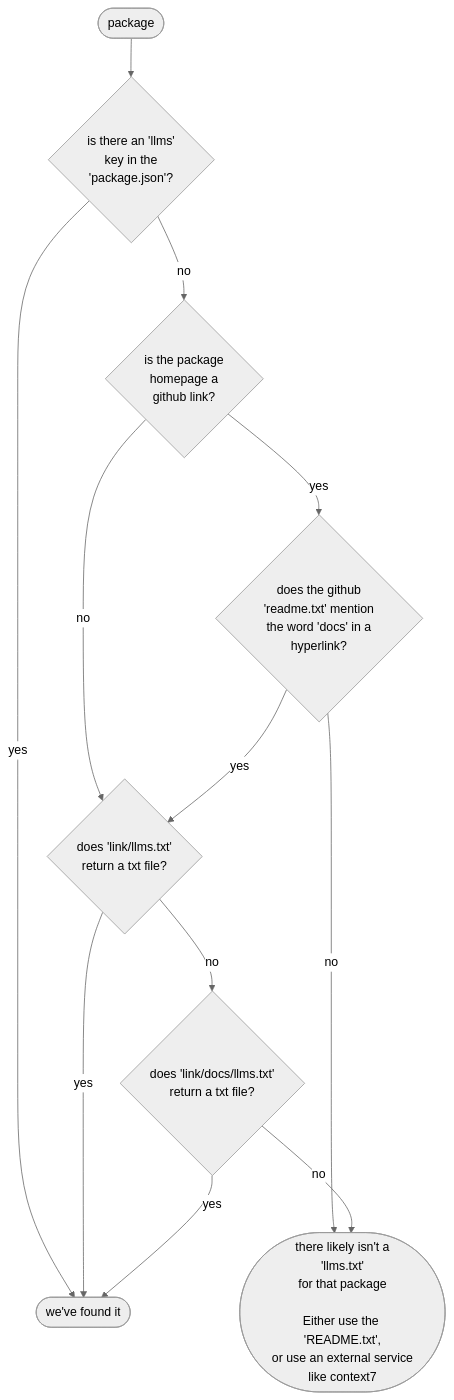
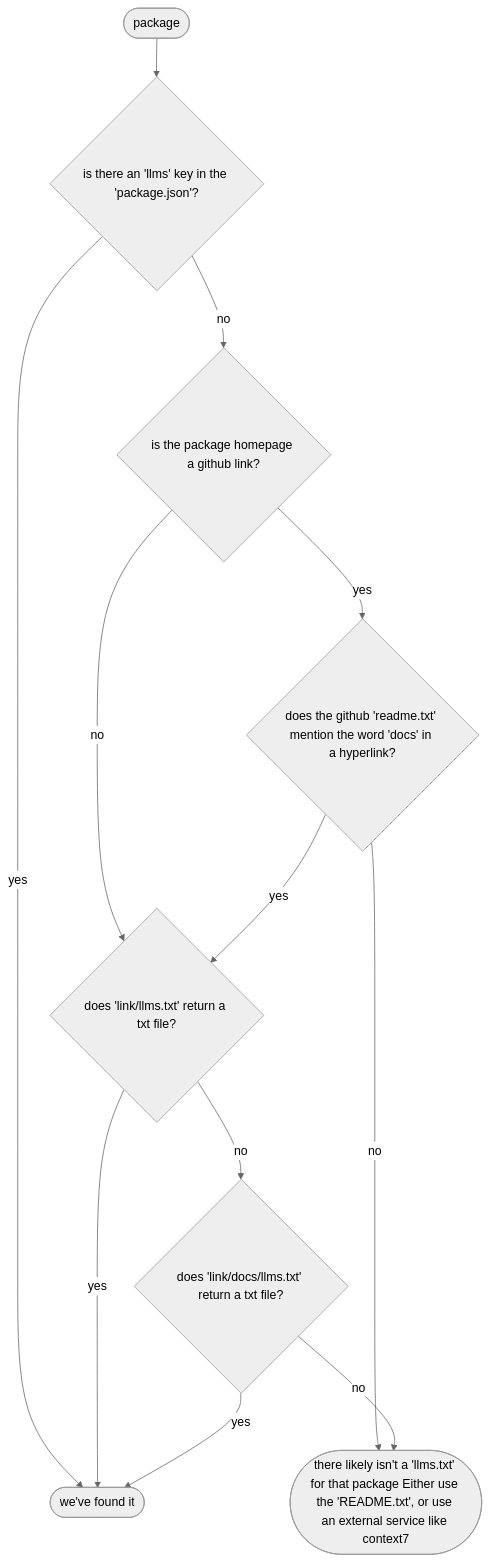
One commit to balazshevesi/get-llms changed the diagram in README.md. Above: the diagram before and after it, drawn with Mermaid (neutral theme). The commit also changed other lines of this file and 1 other file, not shown here.

````diff
--- a/README.md
+++ b/README.md
@@ -252,19 +252,19 @@
 ```mermaid
 flowchart TD
-    A([package]) --> B{is there an 'llms'<br/>key in the<br/>'package.json'?}
+    A([package]) --> B{is there an 'llms' key in the 'package.json'?}
 
     B -- yes --> FOUND([we've found it])
-    B -- no --> C{is the package<br/>homepage a<br/>github link?}
+    B -- no --> C{is the package homepage a github link?}
 
-    C -- yes --> D{does the github<br/>'readme.txt' mention<br/>the word 'docs' in a<br/>hyperlink?}
-    C -- no --> E{does 'link/llms.txt'<br/>return a txt file?}
+    C -- yes --> D{does the github 'readme.txt' mention the word 'docs' in a hyperlink?}
+    C -- no --> E{does 'link/llms.txt' return a txt file?}
 
     D -- yes --> E
-    D -- no --> NOFILE([there likely isn't a<br/>'llms.txt'<br/>for that package<br/><br/>Either use the 'README.txt',<br/>or use an external service<br/>like context7])
+    D -- no --> NOFILE([there likely isn't a 'llms.txt' for that package Either use the 'README.txt', or use an external service like context7])
 
     E -- yes --> FOUND
-    E -- no --> F{does 'link/docs/llms.txt'<br/>return a txt file?}
+    E -- no --> F{does 'link/docs/llms.txt' return a txt file?}
 
     F -- yes --> FOUND
     F -- no --> NOFILE
 ```
````
